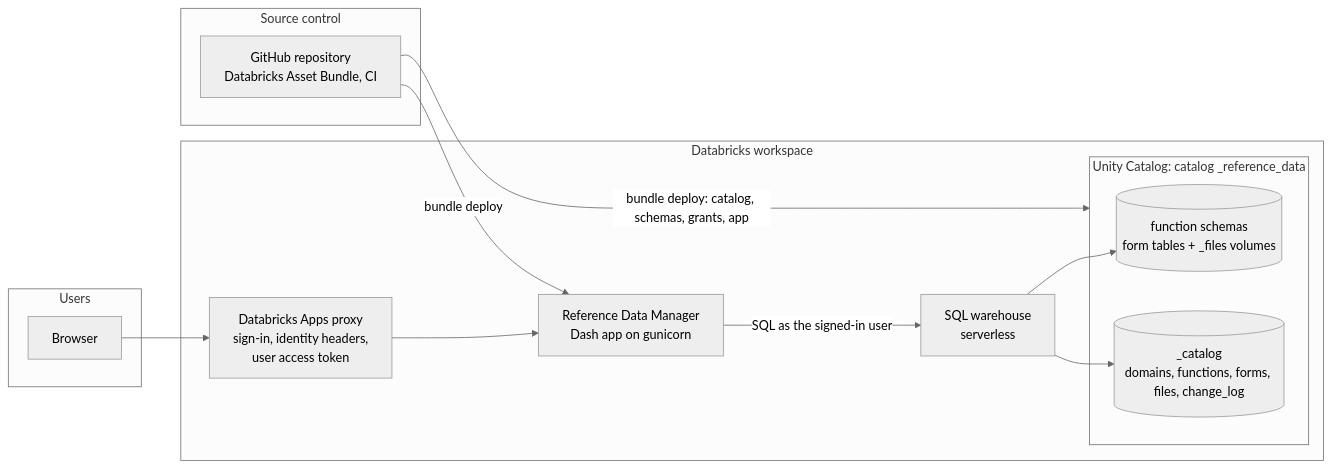
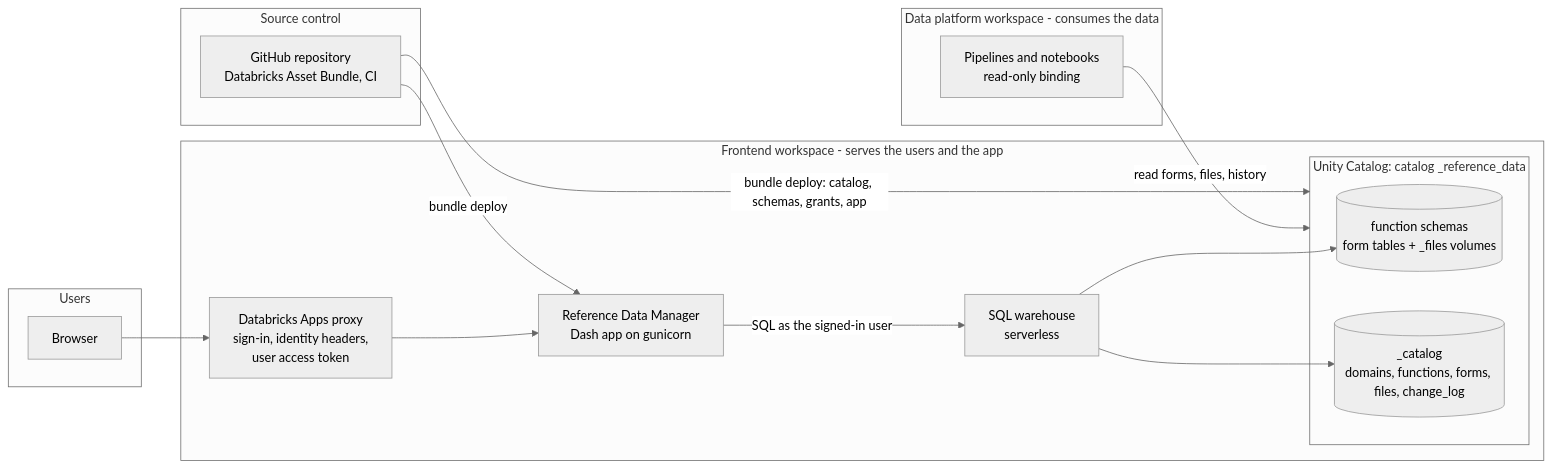
One commit to roanboc/dbx-reference-data-manager changed the sixth of 6 diagrams in docs/FUNCTIONAL_DESIGN.md. Above: the diagram before and after it, drawn with Mermaid (neutral theme). The commit also changed other lines of this file and 61 other files, not shown here.

First line of the commit message:
Bring the app to parity with the validated Databricks implementation

````diff
--- a/docs/FUNCTIONAL_DESIGN.md
+++ b/docs/FUNCTIONAL_DESIGN.md
@@ -422,24 +491,28 @@
 ```mermaid
 flowchart LR
     subgraph Users
         B[Browser]
     end
-    subgraph Databricks workspace
+    subgraph FE[Frontend workspace - serves the users and the app]
         P[Databricks Apps proxy\nsign-in, identity headers,\nuser access token]
         A[Reference Data Manager\nDash app on gunicorn]
         W[SQL warehouse\nserverless]
         subgraph UC[Unity Catalog: catalog _reference_data]
             S1[(function schemas\nform tables + _files volumes)]
             S2[(_catalog\ndomains, functions, forms, files, change_log)]
         end
     end
+    subgraph DP[Data platform workspace - consumes the data]
+        PL[Pipelines and notebooks\nread-only binding]
+    end
     subgraph Source control
         G[GitHub repository\nDatabricks Asset Bundle, CI]
     end
     B --> P --> A
     A -- "SQL as the signed-in user" --> W
     W --> S1
     W --> S2
+    PL -- "read forms, files, history" --> UC
     G -- "bundle deploy: catalog, schemas, grants, app" --> UC
     G -- "bundle deploy" --> A
 ```
````
